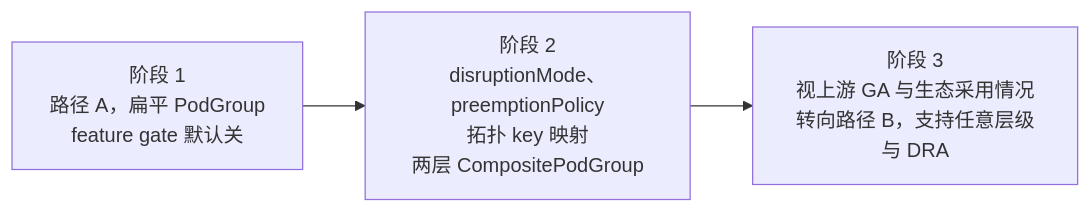
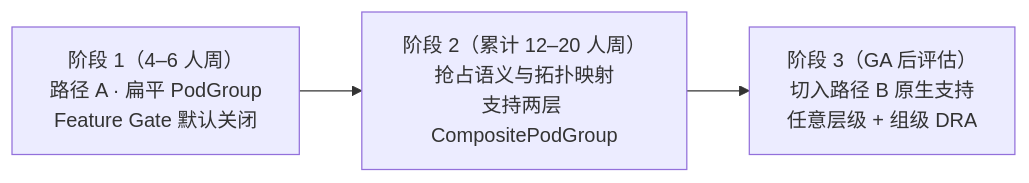
One commit to JesseStutler/volcano changed diagram 15 of 15 in docs/research/k8s-workload-aware-scheduling-vs-volcano-cn.md. Above: the diagram before and after it, drawn with Mermaid. The commit also changed other lines of this file and 1 other file, not shown here.

First line of the commit message:
docs: improve readability of upstream PodGroup vs Volcano report

````diff
--- a/docs/research/k8s-workload-aware-scheduling-vs-volcano-cn.md
+++ b/docs/research/k8s-workload-aware-scheduling-vs-volcano-cn.md
@@ -725,7 +629,8 @@
 ```mermaid
 flowchart LR
-    P1["阶段 1<br/>路径 A，扁平 PodGroup<br/>feature gate 默认关"]
-    P2["阶段 2<br/>disruptionMode、preemptionPolicy<br/>拓扑 key 映射<br/>两层 CompositePodGroup"]
-    P3["阶段 3<br/>视上游 GA 与生态采用情况<br/>转向路径 B，支持任意层级与 DRA"]
+    P1["阶段 1（4–6 人周）<br/>路径 A · 扁平 PodGroup<br/>Feature Gate 默认关闭"]
+    P2["阶段 2（累计 12–20 人周）<br/>抢占语义与拓扑映射<br/>支持两层 CompositePodGroup"]
+    P3["阶段 3（GA 后评估）<br/>切入路径 B 原生支持<br/>任意层级 + 组级 DRA"]
+
     P1 --> P2 --> P3
 ```
````
